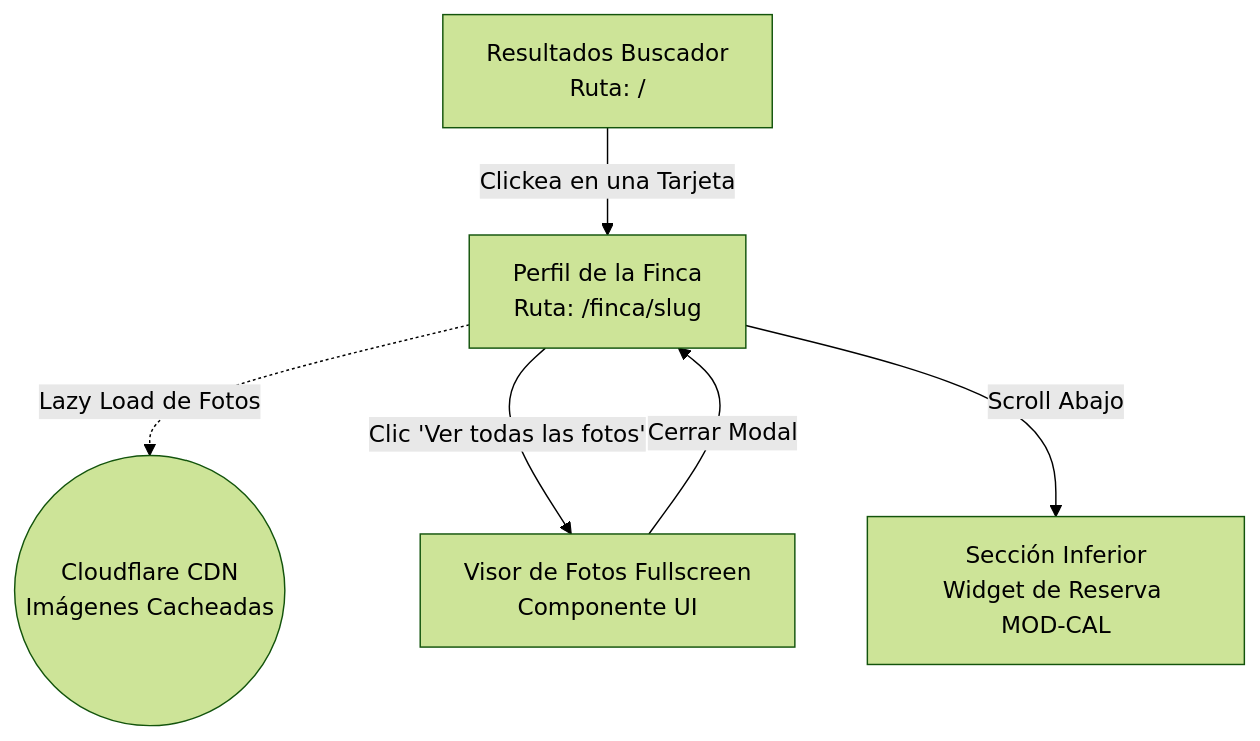
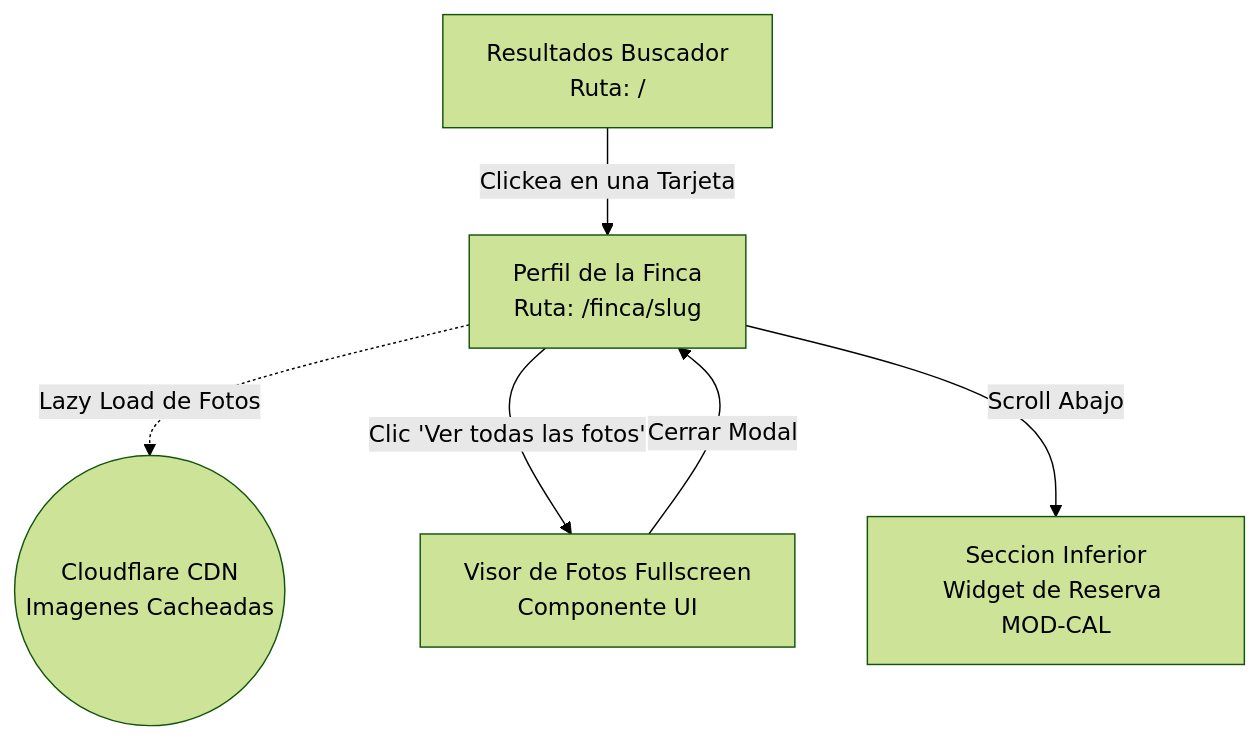
The second of 2 diagrams in docs/04-system-modeling/02.User_Flows_Task_Flows/modules/MOD-PROP_flows.md (camilolayos54-dotcom/NosFuimosdeFinca), drawn with Mermaid (forest theme) before and after one commit. The commit also changed other lines of this file and 62 other files, not shown here.

````diff
--- a/docs/04-system-modeling/02.User_Flows_Task_Flows/modules/MOD-PROP_flows.md
+++ b/docs/04-system-modeling/02.User_Flows_Task_Flows/modules/MOD-PROP_flows.md
@@ -77,21 +77,21 @@
 ```mermaid
 flowchart TD
     %% Nodos UI
     SearchUI[Resultados Buscador<br>Ruta: /]
     ProfileUI[Perfil de la Finca<br>Ruta: /finca/slug]
     GalleryModalUI[Visor de Fotos Fullscreen<br>Componente UI]
-    CheckoutHookUI[Sección Inferior<br>Widget de Reserva MOD-CAL]
+    CheckoutHookUI[Seccion Inferior<br>Widget de Reserva MOD-CAL]
     
-    %% Nodos Asíncronos
-    CDN((Cloudflare CDN<br>Imágenes Cacheadas))
+    %% Nodos Asincronos
+    CDN((Cloudflare CDN<br>Imagenes Cacheadas))
     
     %% Flujo Lineal de Lectura
     SearchUI --> |Clickea en una Tarjeta| ProfileUI
     ProfileUI -.-> |Lazy Load de Fotos| CDN
     
-    %% Acciones Atómicas en la misma vista
+    %% Acciones Atomicas en la misma vista
     ProfileUI --> |Clic 'Ver todas las fotos'| GalleryModalUI
     GalleryModalUI --> |Cerrar Modal| ProfileUI
     
     ProfileUI --> |Scroll Abajo| CheckoutHookUI
 ```
````
